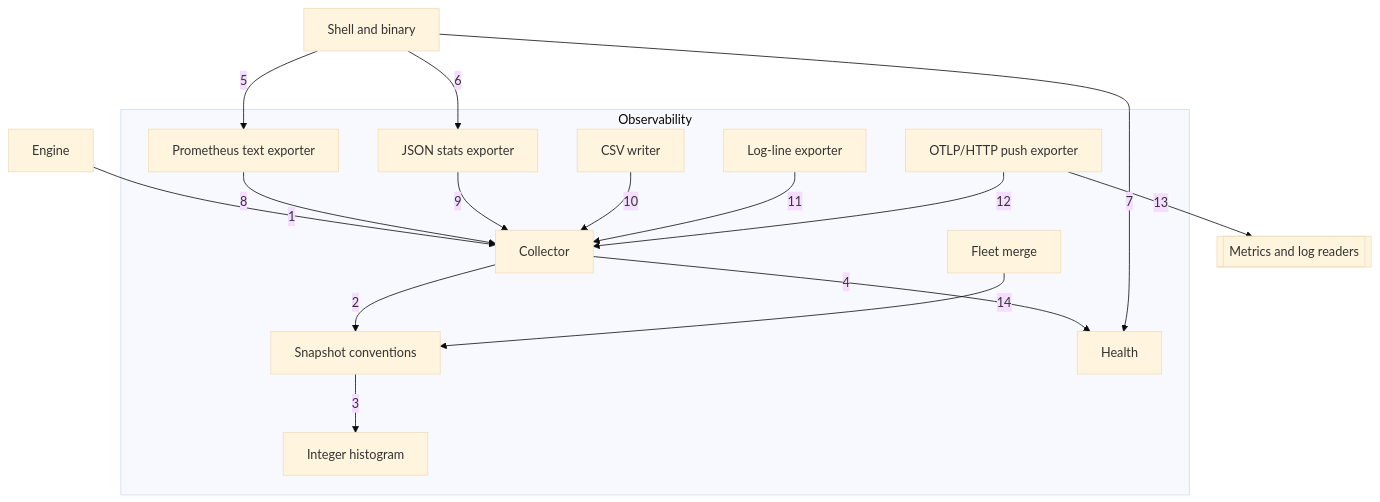
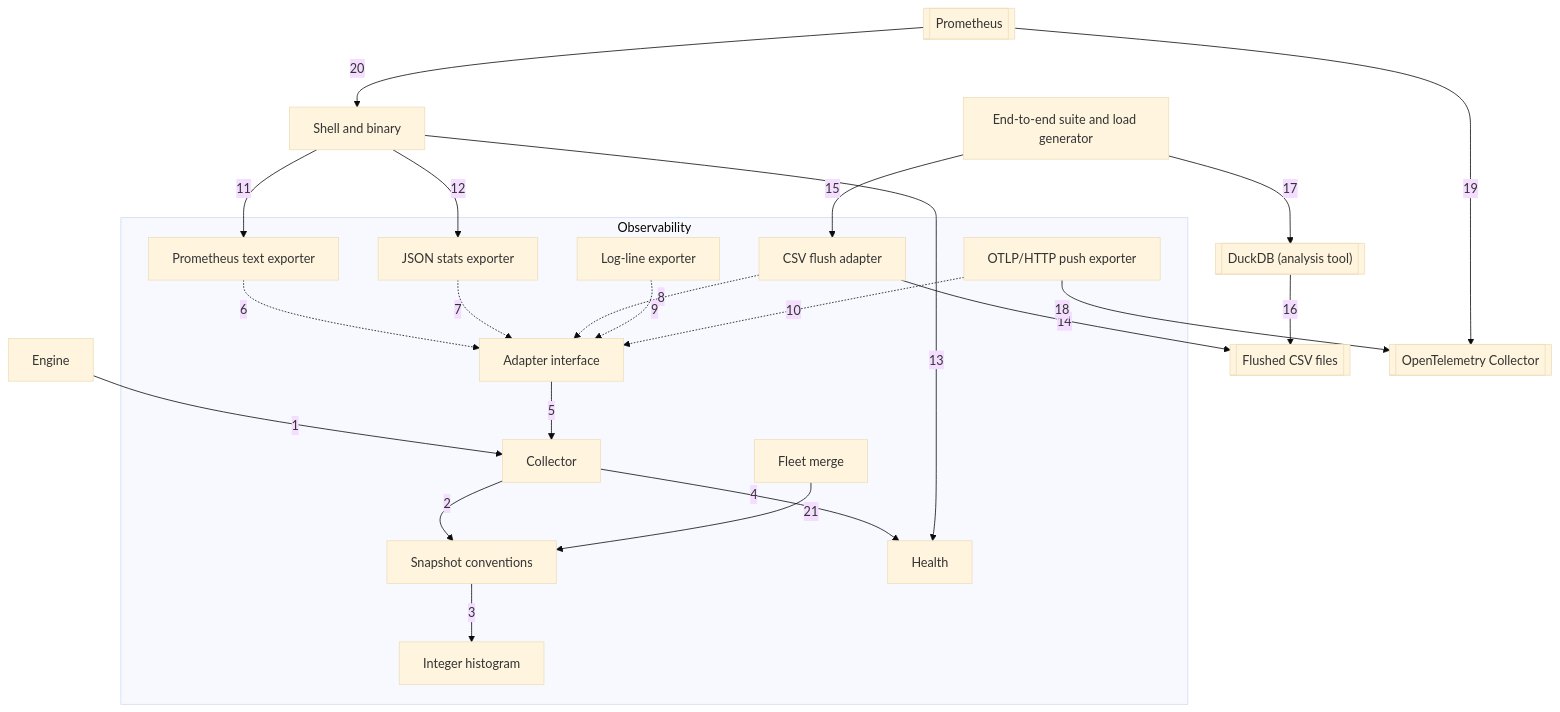
One commit to nickstrad/mini-gateway changed the diagram in docs/c4/diagrams/13-component-observability.mmd. Above: the diagram before and after it, drawn with Mermaid (base theme). The commit also changed 8 other files, not shown here.

First line of the commit message:
c4: show the CSV flush, DuckDB analysis and Collector-to-Prometheus paths

```diff
--- a/docs/c4/diagrams/13-component-observability.mmd
+++ b/docs/c4/diagrams/13-component-observability.mmd
@@ -1,30 +1,42 @@
 flowchart TB
   N_ENGINE["Engine"]
   N_SHELL["Shell and binary"]
-  TELEMETRY[["Metrics and log readers"]]
+  N_E2E["End-to-end suite and load generator"]
+  CSVFILES[["Flushed CSV files"]]
+  DUCKDB[["DuckDB (analysis tool)"]]
+  OTELCOL[["OpenTelemetry Collector"]]
+  PROM[["Prometheus"]]
   subgraph SCOPE["Observability"]
     O_CONTRACT["Snapshot conventions"]
     O_HIST["Integer histogram"]
     O_COLLECTOR["Collector"]
+    O_ADAPTER["Adapter interface"]
     O_MERGE["Fleet merge"]
     O_HEALTH["Health"]
     O_PROM["Prometheus text exporter"]
     O_JSON["JSON stats exporter"]
-    O_CSV["CSV writer"]
+    O_CSV["CSV flush adapter"]
     O_LOG["Log-line exporter"]
     O_OTLP["OTLP/HTTP push exporter"]
   end
   N_ENGINE -->|1| O_COLLECTOR
   O_COLLECTOR -->|2| O_CONTRACT
   O_CONTRACT -->|3| O_HIST
   O_COLLECTOR -->|4| O_HEALTH
-  N_SHELL -->|5| O_PROM
-  N_SHELL -->|6| O_JSON
-  N_SHELL -->|7| O_HEALTH
-  O_PROM -->|8| O_COLLECTOR
-  O_JSON -->|9| O_COLLECTOR
-  O_CSV -->|10| O_COLLECTOR
-  O_LOG -->|11| O_COLLECTOR
-  O_OTLP -->|12| O_COLLECTOR
-  O_OTLP -->|13| TELEMETRY
-  O_MERGE -->|14| O_CONTRACT
+  O_ADAPTER -->|5| O_COLLECTOR
+  O_PROM -.->|6| O_ADAPTER
+  O_JSON -.->|7| O_ADAPTER
+  O_CSV -.->|8| O_ADAPTER
+  O_LOG -.->|9| O_ADAPTER
+  O_OTLP -.->|10| O_ADAPTER
+  N_SHELL -->|11| O_PROM
+  N_SHELL -->|12| O_JSON
+  N_SHELL -->|13| O_HEALTH
+  O_CSV -->|14| CSVFILES
+  N_E2E -->|15| O_CSV
+  DUCKDB -->|16| CSVFILES
+  N_E2E -->|17| DUCKDB
+  O_OTLP -->|18| OTELCOL
+  PROM -->|19| OTELCOL
+  PROM -->|20| N_SHELL
+  O_MERGE -->|21| O_CONTRACT
```
